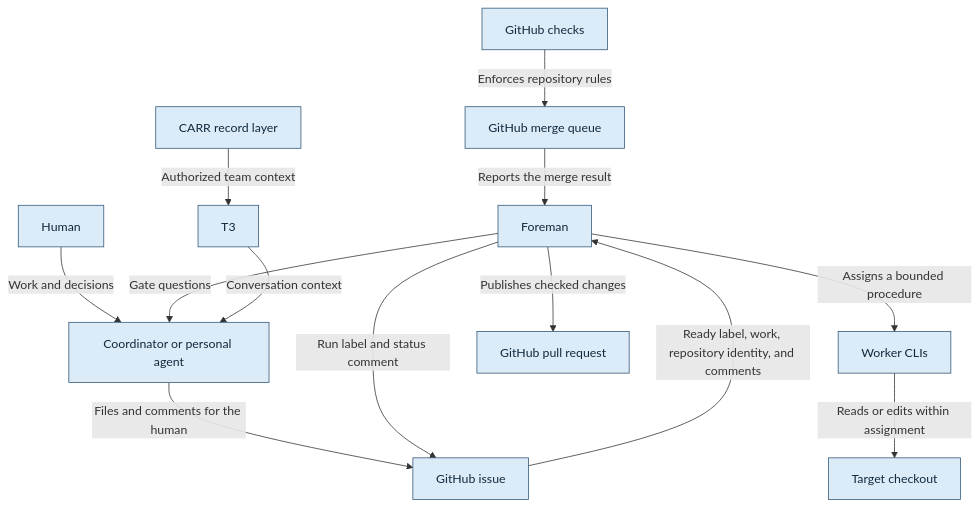
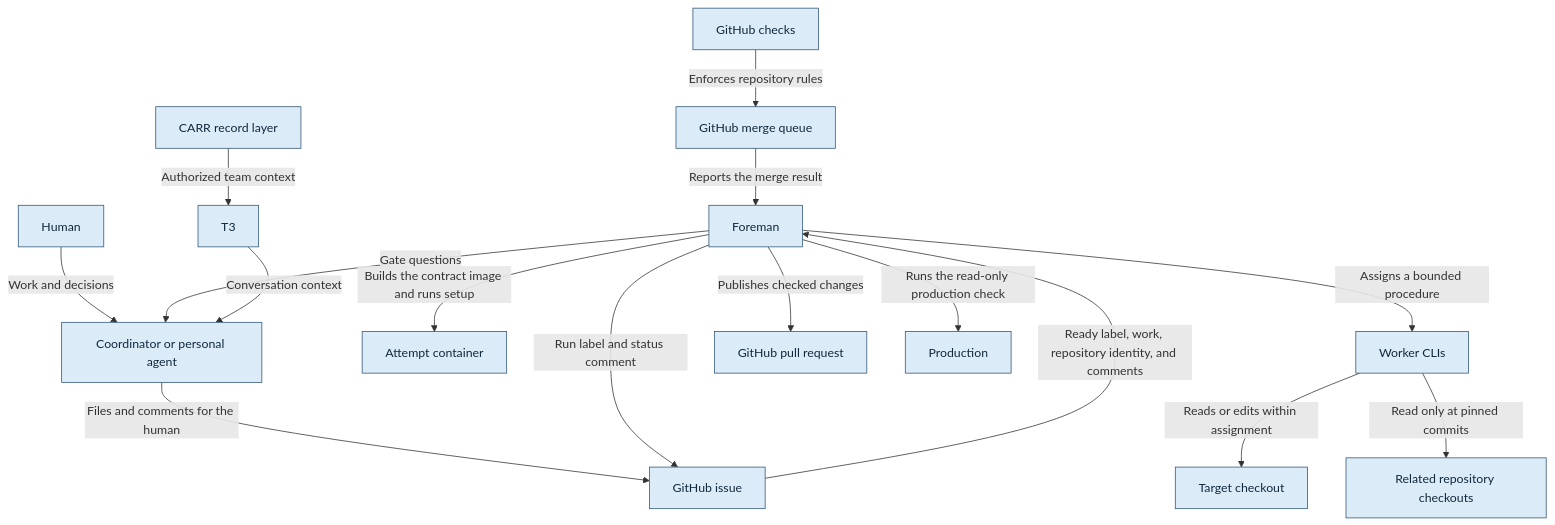
The diagram in docs/graph/blueprint/views/context.mmd (bookout-labs/tools), drawn with Mermaid before and after one commit. The commit also changed 40 other files, not shown here.

```diff
--- a/docs/graph/blueprint/views/context.mmd
+++ b/docs/graph/blueprint/views/context.mmd
@@ -1,29 +1,35 @@
 flowchart TD
     n0["GitHub checks"]:::stage
     n1["GitHub merge queue"]:::stage
     n2["Foreman"]:::stage
     n3["Human"]:::stage
     n4["Coordinator or personal agent"]:::stage
     n5["GitHub issue"]:::stage
     n6["CARR record layer"]:::stage
     n7["T3"]:::stage
-    n8["Worker CLIs"]:::stage
-    n9["Target checkout"]:::stage
-    n10["GitHub pull request"]:::stage
+    n8["Attempt container"]:::stage
+    n9["Worker CLIs"]:::stage
+    n10["Target checkout"]:::stage
+    n11["Related repository checkouts"]:::stage
+    n12["GitHub pull request"]:::stage
+    n13["Production"]:::stage
     n0 -->|"Enforces repository rules"| n1
     n1 -->|"Reports the merge result"| n2
     n3 -->|"Work and decisions"| n4
     n4 -->|"Files and comments for the human"| n5
     n2 -->|"Gate questions"| n4
     n5 -->|"Ready label, work, repository identity, and comments"| n2
     n2 -->|"Run label and status comment"| n5
     n6 -->|"Authorized team context"| n7
     n7 -->|"Conversation context"| n4
-    n2 -->|"Assigns a bounded procedure"| n8
-    n8 -->|"Reads or edits within assignment"| n9
-    n2 -->|"Publishes checked changes"| n10
+    n2 -->|"Builds the contract image and runs setup"| n8
+    n2 -->|"Assigns a bounded procedure"| n9
+    n9 -->|"Reads or edits within assignment"| n10
+    n9 -->|"Read only at pinned commits"| n11
+    n2 -->|"Publishes checked changes"| n12
+    n2 -->|"Runs the read-only production check"| n13
     classDef stage fill:#dcebf8,stroke:#315675,color:#10283b
     classDef step fill:#edf3f8,stroke:#597187,color:#132638
     classDef worker fill:#d7f0e8,stroke:#357369,color:#133c36
     classDef gate fill:#fff0c9,stroke:#89641f,color:#3f2b0b
     classDef terminal fill:#f0f0f0,stroke:#666666,color:#202020
```
